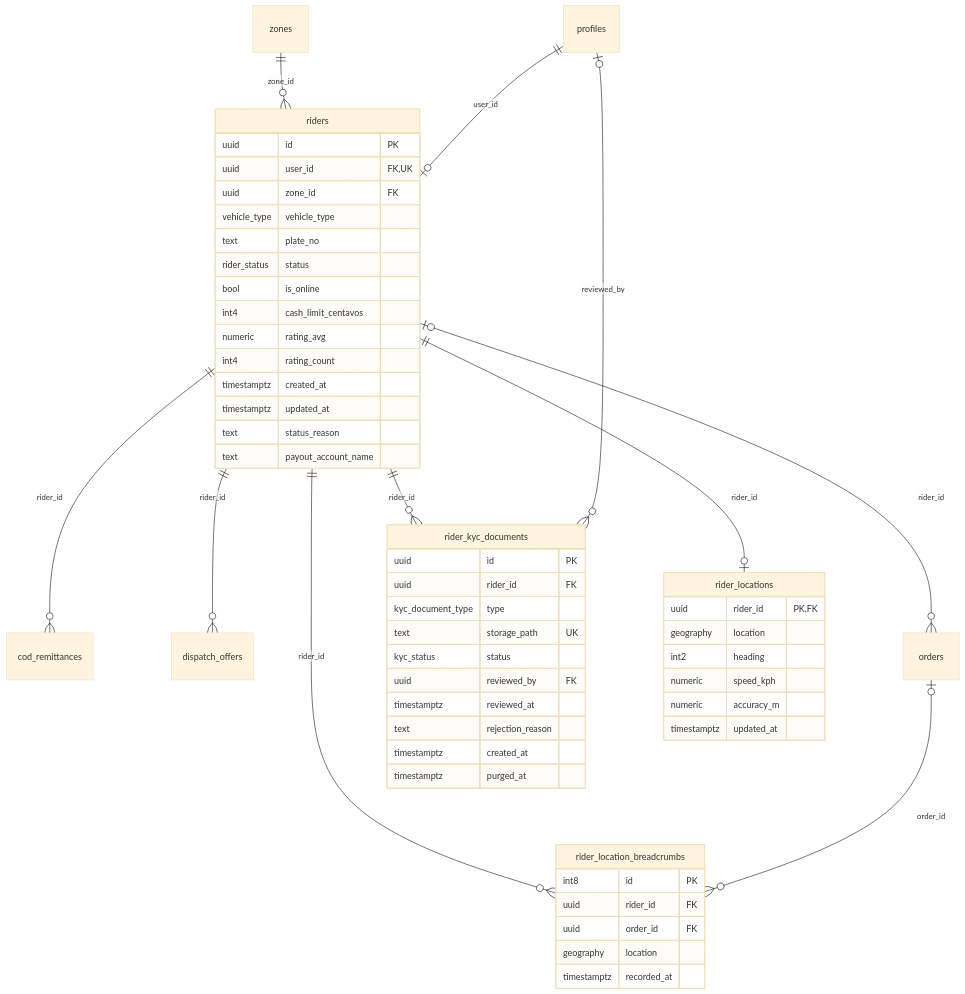
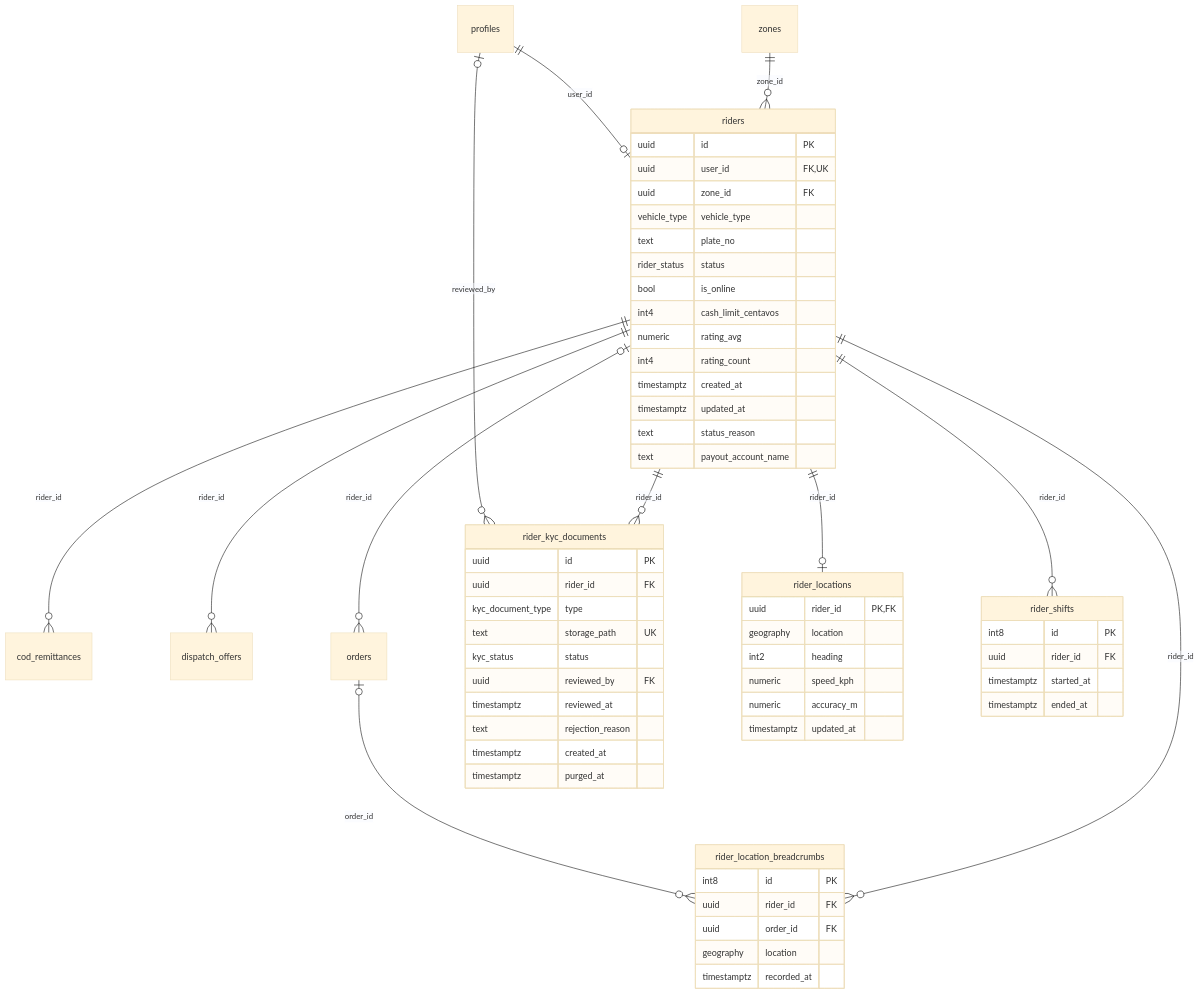
Before and after one commit to Klik-Go/delivery-services: the third of 6 diagrams in docs/ERD.md, drawn with Mermaid (base theme). The commit also changed other lines of this file and 65 other files, not shown here.

````diff
--- a/docs/ERD.md
+++ b/docs/ERD.md
@@ -246,56 +248,63 @@
 ```mermaid
 erDiagram
   riders ||--o{ cod_remittances : "rider_id"
   riders ||--o{ dispatch_offers : "rider_id"
   riders |o--o{ orders : "rider_id"
   profiles |o--o{ rider_kyc_documents : "reviewed_by"
   riders ||--o{ rider_kyc_documents : "rider_id"
   orders |o--o{ rider_location_breadcrumbs : "order_id"
   riders ||--o{ rider_location_breadcrumbs : "rider_id"
   riders ||--o| rider_locations : "rider_id"
+  riders ||--o{ rider_shifts : "rider_id"
   profiles ||--o| riders : "user_id"
   zones ||--o{ riders : "zone_id"
   riders {
     uuid id PK
     uuid user_id FK, UK
     uuid zone_id FK
     vehicle_type vehicle_type
     text plate_no
     rider_status status
     bool is_online
     int4 cash_limit_centavos
     numeric rating_avg
     int4 rating_count
     timestamptz created_at
     timestamptz updated_at
     text status_reason
     text payout_account_name
   }
   rider_kyc_documents {
     uuid id PK
     uuid rider_id FK
     kyc_document_type type
     text storage_path UK
     kyc_status status
     uuid reviewed_by FK
     timestamptz reviewed_at
     text rejection_reason
     timestamptz created_at
     timestamptz purged_at
   }
   rider_locations {
     uuid rider_id PK, FK
     geography location
     int2 heading
     numeric speed_kph
     numeric accuracy_m
     timestamptz updated_at
   }
   rider_location_breadcrumbs {
     int8 id PK
     uuid rider_id FK
     uuid order_id FK
     geography location
     timestamptz recorded_at
   }
+  rider_shifts {
+    int8 id PK
+    uuid rider_id FK
+    timestamptz started_at
+    timestamptz ended_at
+  }
 ```
````
